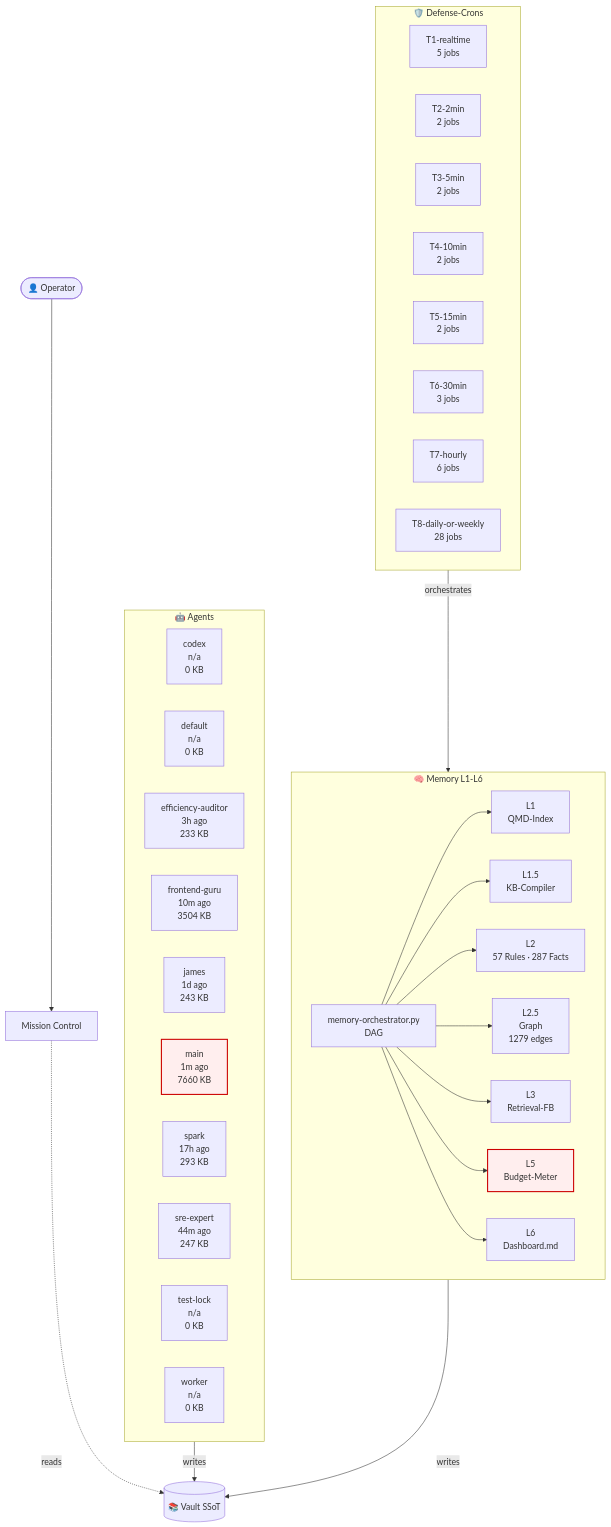
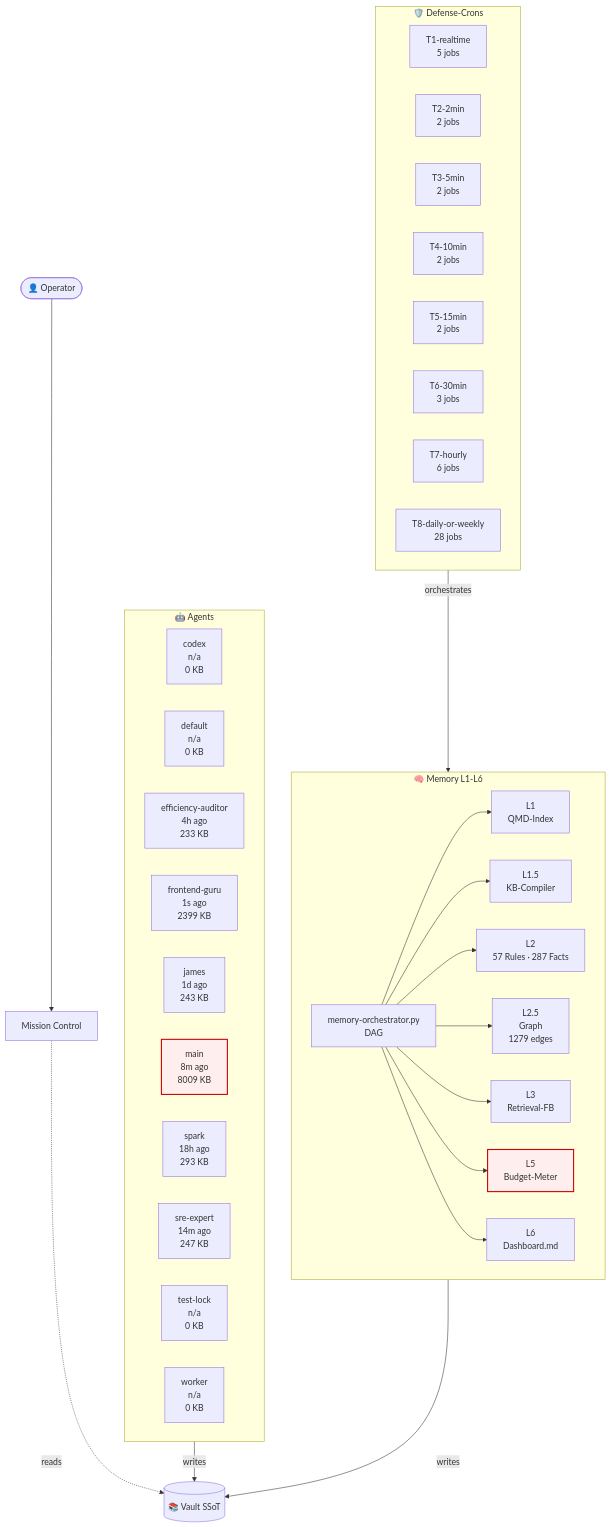
One commit to lenardhuebner88-rgb/openclaw-memory changed the diagram in 03-Agents/architecture-live.md. Above: the diagram before and after it, drawn with Mermaid. The commit also changed other lines of this file and 18 other files, not shown here.

````diff
--- a/03-Agents/architecture-live.md
+++ b/03-Agents/architecture-live.md
@@ -18,53 +18,53 @@
 ```mermaid
 flowchart TB
     classDef critical fill:#fee,stroke:#c00,stroke-width:2px;
     subgraph AGT["🤖 Agents"]
         agent_codex["codex<br/>n/a<br/>0 KB"]
         agent_default["default<br/>n/a<br/>0 KB"]
-        agent_efficiency_auditor["efficiency-auditor<br/>3h ago<br/>233 KB"]
-        agent_frontend_guru["frontend-guru<br/>10m ago<br/>3504 KB"]
+        agent_efficiency_auditor["efficiency-auditor<br/>4h ago<br/>233 KB"]
+        agent_frontend_guru["frontend-guru<br/>1s ago<br/>2399 KB"]
         agent_james["james<br/>1d ago<br/>243 KB"]
-        agent_main["main<br/>1m ago<br/>7660 KB"]
-        agent_spark["spark<br/>17h ago<br/>293 KB"]
-        agent_sre_expert["sre-expert<br/>44m ago<br/>247 KB"]
+        agent_main["main<br/>8m ago<br/>8009 KB"]
+        agent_spark["spark<br/>18h ago<br/>293 KB"]
+        agent_sre_expert["sre-expert<br/>14m ago<br/>247 KB"]
         agent_test_lock["test-lock<br/>n/a<br/>0 KB"]
         agent_worker["worker<br/>n/a<br/>0 KB"]
     end
     subgraph MEM["🧠 Memory L1-L6"]
         L1["L1<br/>QMD-Index"]
         L15["L1.5<br/>KB-Compiler"]
         L2["L2<br/>57 Rules · 287 Facts"]
         L25["L2.5<br/>Graph<br/>1279 edges"]
         L3["L3<br/>Retrieval-FB"]
         L5["L5<br/>Budget-Meter"]
         L6["L6<br/>Dashboard.md"]
         ORCH["memory-orchestrator.py<br/>DAG"]
     end
     subgraph CRN["🛡️ Defense-Crons"]
         tier_T1_realtime["T1-realtime<br/>5 jobs"]
         tier_T2_2min["T2-2min<br/>2 jobs"]
         tier_T3_5min["T3-5min<br/>2 jobs"]
         tier_T4_10min["T4-10min<br/>2 jobs"]
         tier_T5_15min["T5-15min<br/>2 jobs"]
         tier_T6_30min["T6-30min<br/>3 jobs"]
         tier_T7_hourly["T7-hourly<br/>6 jobs"]
         tier_T8_daily_or_weekly["T8-daily-or-weekly<br/>28 jobs"]
     end
     VAULT[("📚 Vault SSoT")]
     OP([👤 Operator])
     MC["Mission Control"]
     OP --> MC
     MC -.reads.-> VAULT
     AGT -->|writes| VAULT
     MEM -->|writes| VAULT
     ORCH --> L1
     ORCH --> L15
     ORCH --> L2
     ORCH --> L25
     ORCH --> L3
     ORCH --> L5
     ORCH --> L6
     CRN -->|orchestrates| MEM
     class L5 critical
     class agent_main critical
 ```
````
